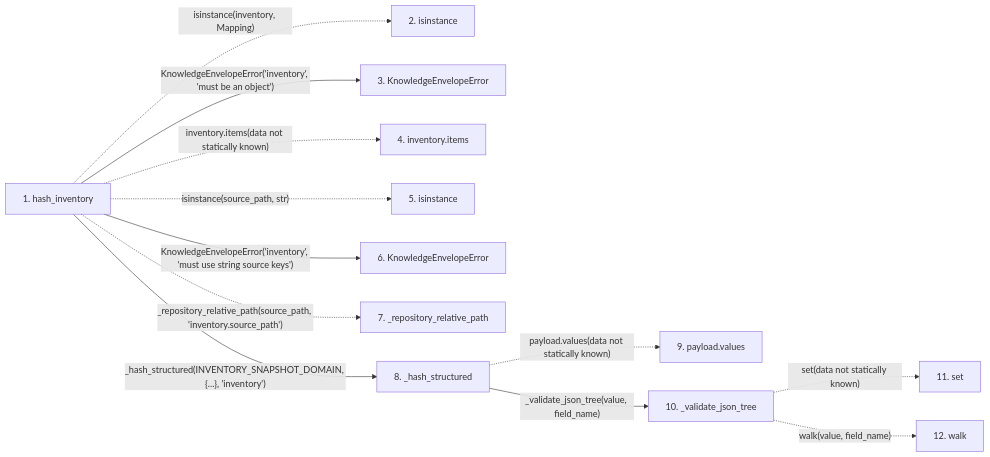
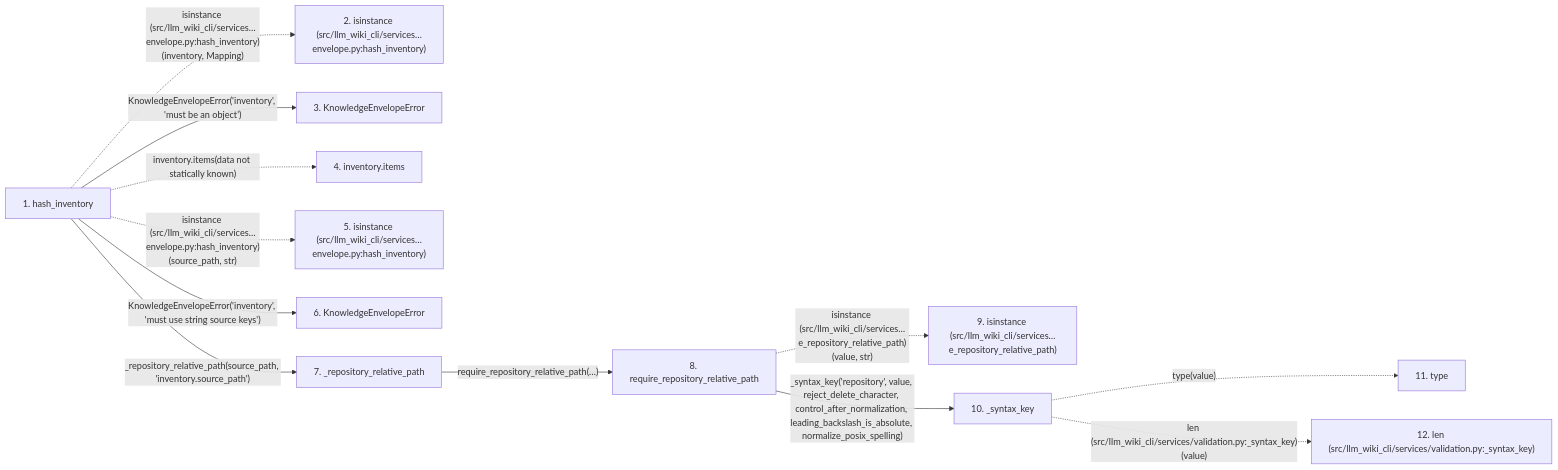
Before and after one commit to Denissvgn/python-wiki-llm: the second of 2 diagrams in docs/llm_wiki/flows/api-hash_inventory.md, drawn with Mermaid. The commit also changed other lines of this file and 554 other files, not shown here.

First line of the commit message:
docs: integrate source-reading guides and refresh wiki

````diff
--- a/docs/llm_wiki/flows/api-hash_inventory.md
+++ b/docs/llm_wiki/flows/api-hash_inventory.md
@@ -60,31 +92,32 @@
 ```mermaid
 flowchart LR
     s1["1. hash_inventory"]
-    s2["2. isinstance"]
+    s2["2. isinstance (src/llm_wiki_cli/services…envelope.py:hash_inventory)"]
     s3["3. KnowledgeEnvelopeError"]
     s4["4. inventory.items"]
-    s5["5. isinstance"]
+    s5["5. isinstance (src/llm_wiki_cli/services…envelope.py:hash_inventory)"]
     s6["6. KnowledgeEnvelopeError"]
     s7["7. _repository_relative_path"]
-    s8["8. _hash_structured"]
-    s9["9. payload.values"]
-    s10["10. _validate_json_tree"]
-    s11["11. set"]
-    s12["12. walk"]
-    s1 -. "isinstance(inventory, Mapping)" .-> s2
+    s8["8. require_repository_relative_path"]
+    s9["9. isinstance (src/llm_wiki_cli/services…e_repository_relative_path)"]
+    s10["10. _syntax_key"]
+    s11["11. type"]
+    s12["12. len (src/llm_wiki_cli/services/validation.py:_syntax_key)"]
+    s1 -. "isinstance (src/llm_wiki_cli/services…envelope.py:hash_inventory)(inventory, Mapping)" .-> s2
     s1 -->|"KnowledgeEnvelopeError('inventory', 'must be an object')"| s3
     s1 -. "inventory.items(data not statically known)" .-> s4
-    s1 -. "isinstance(source_path, str)" .-> s5
+    s1 -. "isinstance (src/llm_wiki_cli/services…envelope.py:hash_inventory)(source_path, str)" .-> s5
     s1 -->|"KnowledgeEnvelopeError('inventory', 'must use string source keys')"| s6
-    s1 -. "_repository_relative_path(source_path, 'inventory.source_path')" .-> s7
-    s1 -->|"_hash_structured(INVENTORY_SNAPSHOT_DOMAIN, {...}, 'inventory')"| s8
-    s8 -. "payload.values(data not statically known)" .-> s9
-    s8 -->|"_validate_json_tree(value, field_name)"| s10
-    s10 -. "set(data not statically known)" .-> s11
-    s10 -. "walk(value, field_name)" .-> s12
+    s1 -->|"_repository_relative_path(source_path, 'inventory.source_path')"| s7
+    s7 -->|"require_repository_relative_path(…)"| s8
+    s8 -. "isinstance (src/llm_wiki_cli/services…e_repository_relative_path)(value, str)" .-> s9
+    s8 -->|"_syntax_key('repository', value, reject_delete_character, control_after_normalization, leading_backslash_is_absolute, normalize_posix_spelling)"| s10
+    s10 -. "type(value)" .-> s11
+    s10 -. "len (src/llm_wiki_cli/services/validation.py:_syntax_key)(value)" .-> s12
     click s1 "../modules/knowledge_envelope.md"
     click s3 "../modules/knowledge_envelope.md"
     click s6 "../modules/knowledge_envelope.md"
-    click s8 "../modules/knowledge_envelope.md"
-    click s10 "../modules/knowledge_envelope.md"
+    click s7 "../modules/knowledge_envelope.md"
+    click s8 "../modules/validation.md"
+    click s10 "../modules/validation.md"
 ```
````
